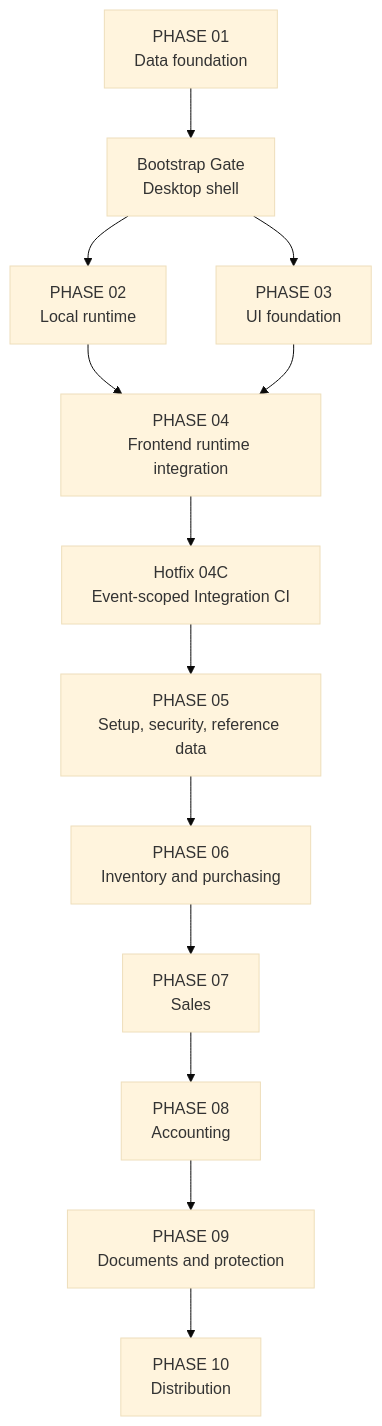
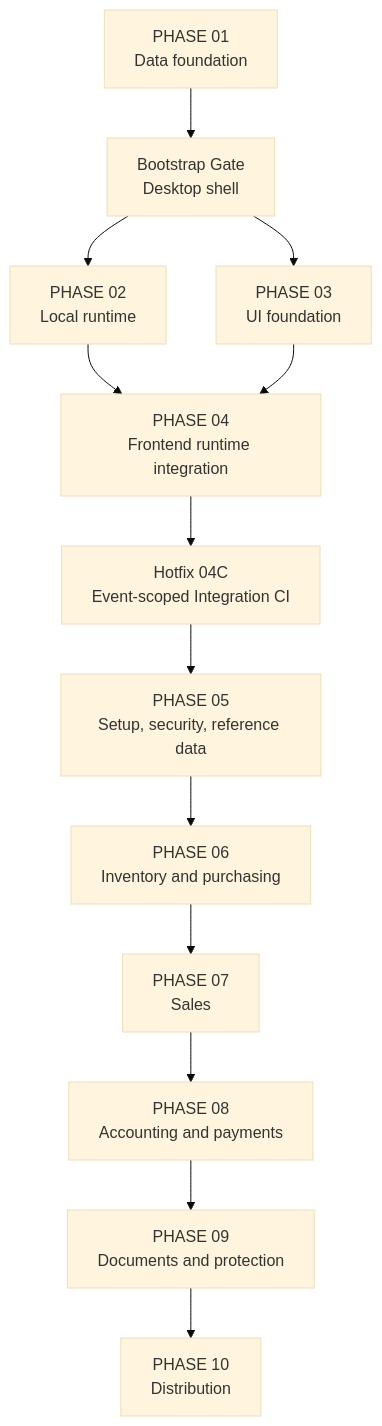
Before and after one commit to mohamed09090-xmd/posman-desktop: the diagram in docs/continuity/MASTER-ROADMAP-PHASES-01-10.md, drawn with Mermaid (base theme). The commit also changed other lines of this file and 10 other files, not shown here.

````diff
--- a/docs/continuity/MASTER-ROADMAP-PHASES-01-10.md
+++ b/docs/continuity/MASTER-ROADMAP-PHASES-01-10.md
@@ -24,15 +24,15 @@
 ```mermaid
 flowchart TD
     P01["PHASE 01<br/>Data foundation"] --> BG["Bootstrap Gate<br/>Desktop shell"]
     BG --> P02["PHASE 02<br/>Local runtime"]
     BG --> P03["PHASE 03<br/>UI foundation"]
     P02 --> P04["PHASE 04<br/>Frontend runtime integration"]
     P03 --> P04
     P04 --> H04C["Hotfix 04C<br/>Event-scoped Integration CI"]
     H04C --> P05["PHASE 05<br/>Setup, security, reference data"]
     P05 --> P06["PHASE 06<br/>Inventory and purchasing"]
     P06 --> P07["PHASE 07<br/>Sales"]
-    P07 --> P08["PHASE 08<br/>Accounting"]
+    P07 --> P08["PHASE 08<br/>Accounting and payments"]
     P08 --> P09["PHASE 09<br/>Documents and protection"]
     P09 --> P10["PHASE 10<br/>Distribution"]
 ```
````
